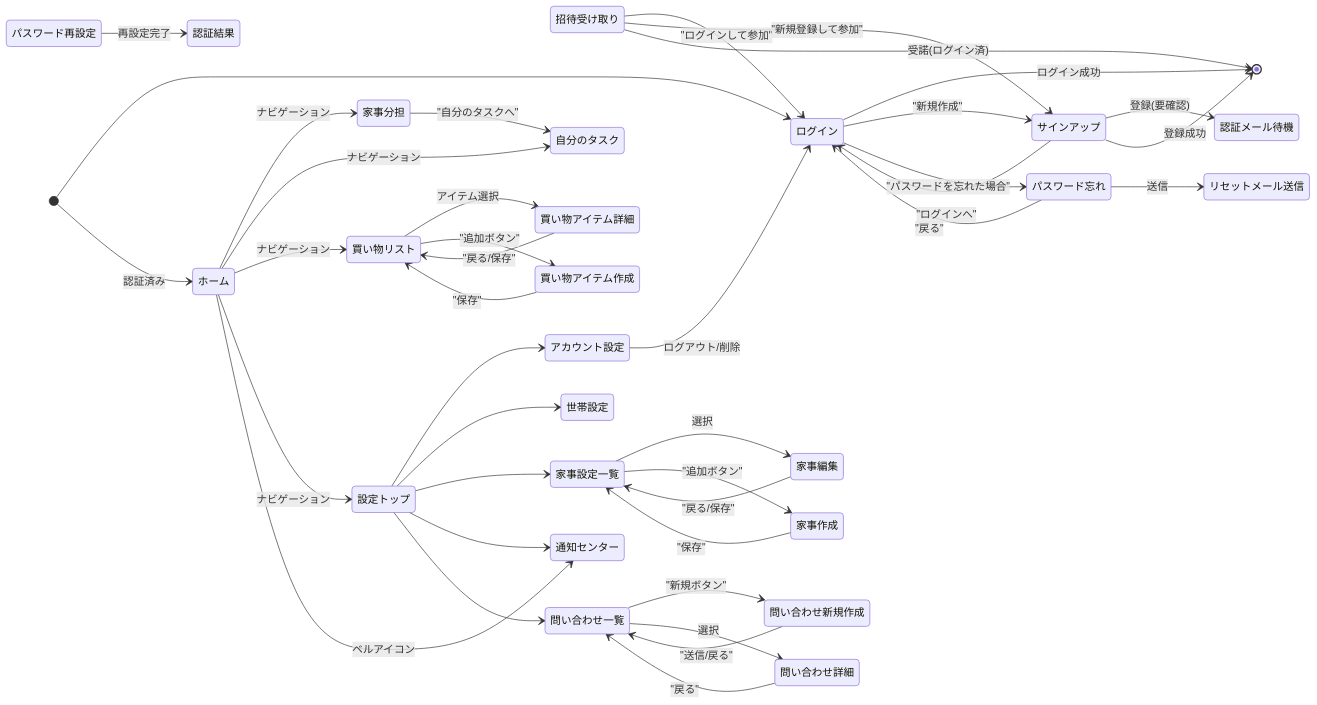
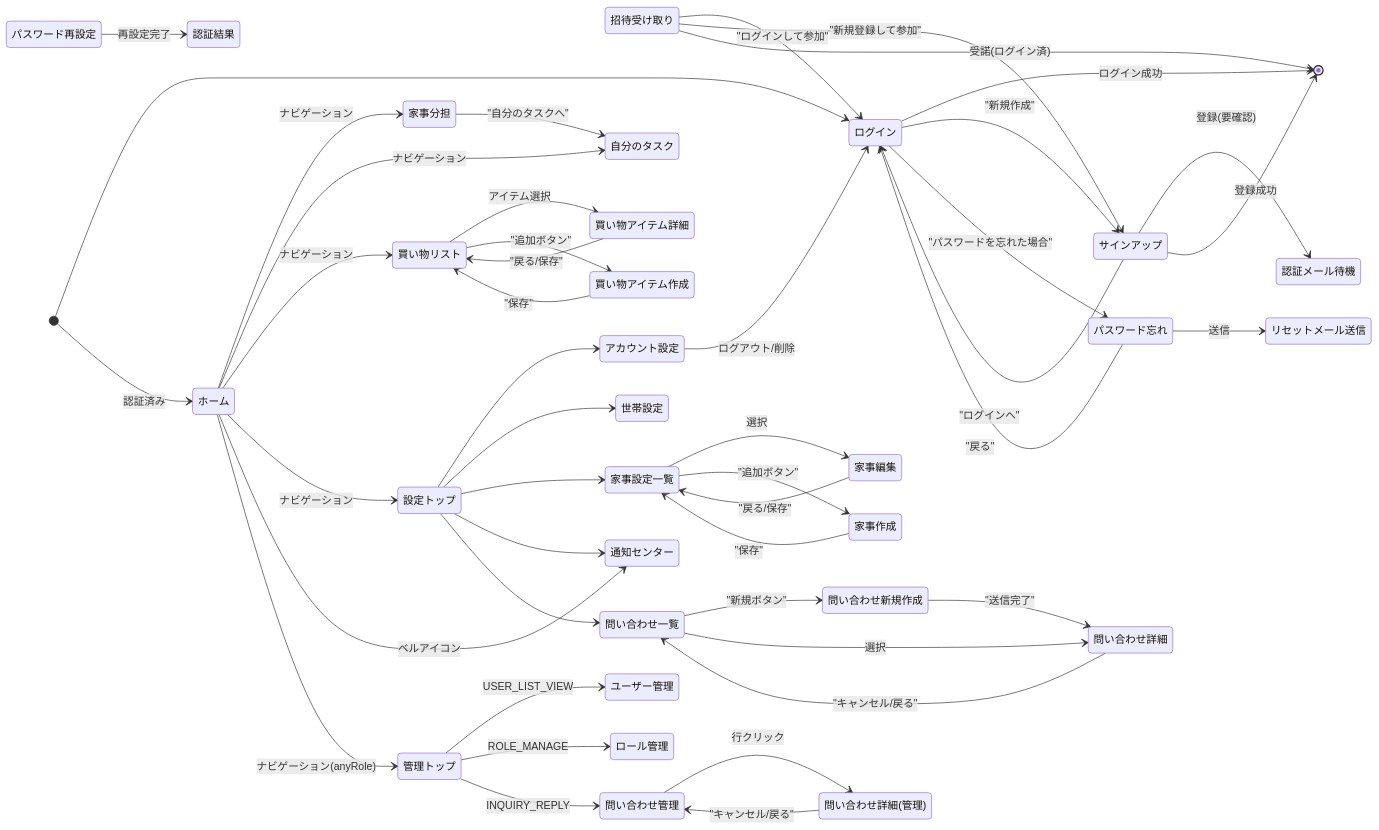
The diagram in doc/screens.md (ryokkon624/hw-hub-frontend), drawn with Mermaid before and after one commit. The commit also changed other lines of this file and 2 other files, not shown here.

Commit message:
docs: add-role closes #63 #64 #65

````diff
--- a/doc/screens.md
+++ b/doc/screens.md
@@ -53,7 +102,7 @@
     Login --> [*] : ログイン成功
     Login --> Signup : "新規作成"
     Login --> ForgotPW : "パスワードを忘れた場合"
-    
+
     Signup --> Login : "ログインへ"
     Signup --> VerifyWait : 登録(要確認)
     Signup --> [*] : 登録成功
@@ -93,34 +142,44 @@
     Home --> Settings : ナビゲーション
     Home --> Notifications : ベルアイコン
 
-    %% 家事
     Assign --> MyTasks : "自分のタスクへ"
 
-    %% 買い物
     Shopping --> ShoppingDetail : アイテム選択
     Shopping --> ShoppingNew : "追加ボタン"
     ShoppingDetail --> Shopping : "戻る/保存"
     ShoppingNew --> Shopping : "保存"
 
-    %% 設定
     Settings --> AccSettings
     Settings --> HouseSettings
     Settings --> HwSettings
     Settings --> Notifications
-    
-    %% 家事設定
+    Settings --> InquiryList
+
     HwSettings --> HwEdit : 選択
     HwSettings --> HwNew : "追加ボタン"
     HwEdit --> HwSettings : "戻る/保存"
     HwNew --> HwSettings : "保存"
-    
-    %% アカウント
+
     AccSettings --> Login : ログアウト/削除
 
-    %% 問い合わせ
-    Settings --> InquiryList
     InquiryList --> InquiryNew : "新規ボタン"
     InquiryList --> InquiryDetail : 選択
-    InquiryNew --> InquiryList : "送信/戻る"
-    InquiryDetail --> InquiryList : "戻る"
+    InquiryNew --> InquiryDetail : "送信完了"
+    InquiryDetail --> InquiryList : "キャンセル/戻る"
+
+    %% --- 管理画面 (ロール必須) ---
+    state "管理トップ" as Admin
+    state "ユーザー管理" as AdminUsers
+    state "ロール管理" as AdminRoles
+    state "問い合わせ管理" as AdminInquiries
+    state "問い合わせ詳細(管理)" as AdminInquiryDetail
+
+    Home --> Admin : ナビゲーション(anyRole)
+
+    Admin --> AdminUsers : USER_LIST_VIEW
+    Admin --> AdminRoles : ROLE_MANAGE
+    Admin --> AdminInquiries : INQUIRY_REPLY
+
+    AdminInquiries --> AdminInquiryDetail : 行クリック
+    AdminInquiryDetail --> AdminInquiries : "キャンセル/戻る"
 ```
````
